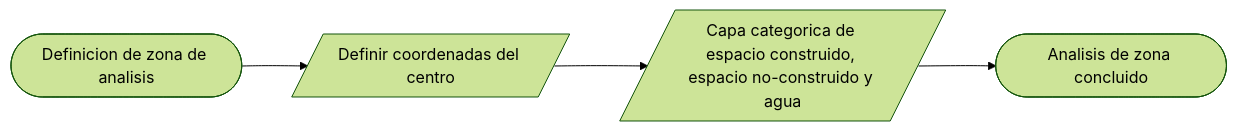
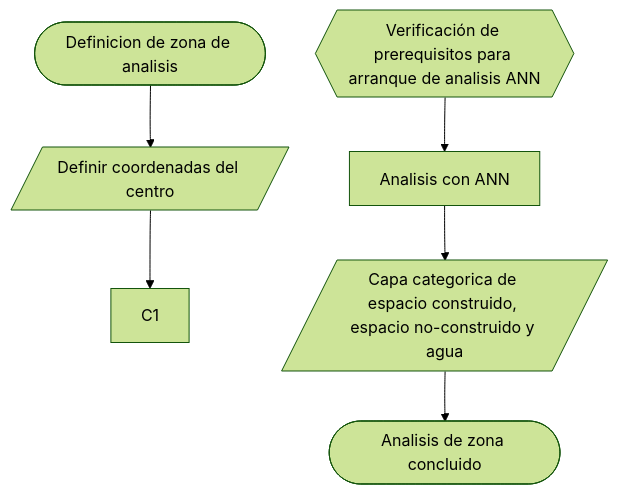
One commit to vshalisko/GEE changed the diagram in AUEM/Esquemas/Esquema_de_procesos.mermaid. Above: the diagram before and after it, drawn with Mermaid (forest theme).

```diff
--- a/AUEM/Esquemas/Esquema_de_procesos.mermaid
+++ b/AUEM/Esquemas/Esquema_de_procesos.mermaid
@@ -1,5 +1,7 @@
-flowchart LR
-  A([Definicion de zona de analisis])-->B
-  B[/Definir coordenadas del centro/]-->C
-  C[/Capa categorica de espacio construido, espacio no-construido y agua/]-->Z1
+flowchart TD
+  A1([Definicion de zona de analisis])-->B1
+  B1[/Definir coordenadas del centro/]-->C1
+  J1{{Verificación de prerequisitos para arranque de analisis ANN}}-->K1
+  K1[Analisis con ANN]-->M1
+  M1[/Capa categorica de espacio construido, espacio no-construido y agua/]-->Z1
   Z1([Analisis de zona concluido])
```
